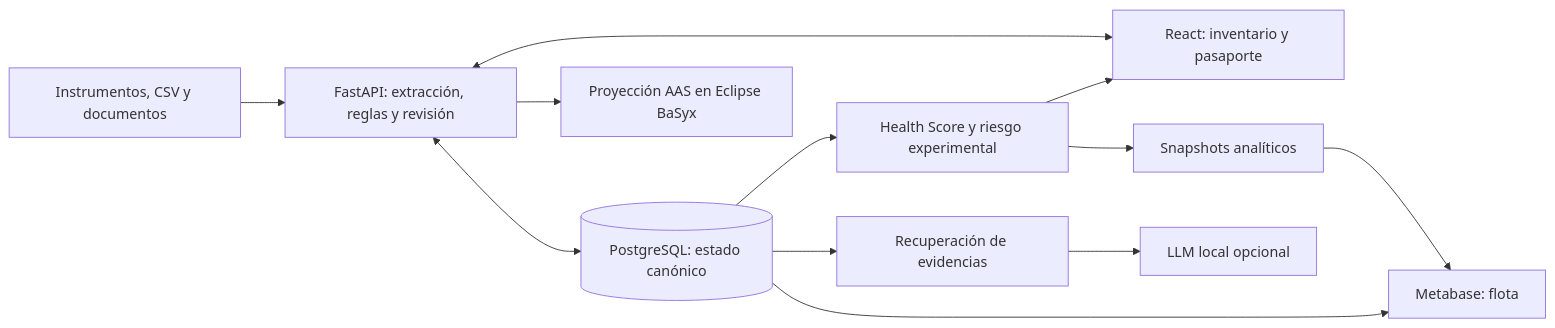
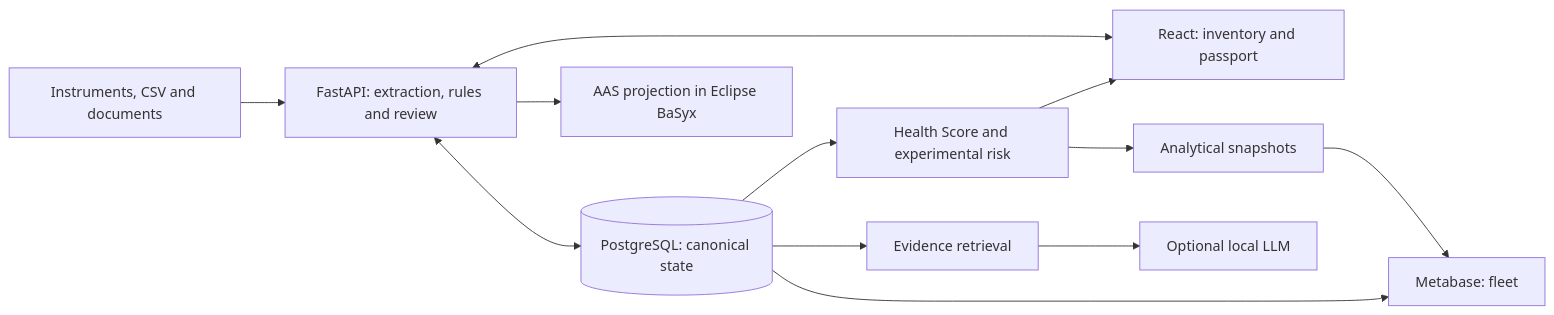
One commit to projects-i40-ap/passporttwin changed the diagram in README.md. Above: the diagram before and after it, drawn with Mermaid. The commit also changed other lines of this file, not shown here.

````diff
--- a/README.md
+++ b/README.md
@@ -42,14 +42,14 @@
 ```mermaid
 flowchart LR
-    Input[Instrumentos, CSV y documentos] --> API[FastAPI: extracción, reglas y revisión]
-    UI[React: inventario y pasaporte] <--> API
-    API <--> DB[(PostgreSQL: estado canónico)]
-    API --> AAS[Proyección AAS en Eclipse BaSyx]
-    DB --> Models[Health Score y riesgo experimental]
+    Input[Instruments, CSV and documents] --> API[FastAPI: extraction, rules and review]
+    UI[React: inventory and passport] <--> API
+    API <--> DB[(PostgreSQL: canonical state)]
+    API --> AAS[AAS projection in Eclipse BaSyx]
+    DB --> Models[Health Score and experimental risk]
     Models --> UI
-    Models --> Snapshots[Snapshots analíticos]
-    DB --> BI[Metabase: flota]
+    Models --> Snapshots[Analytical snapshots]
+    DB --> BI[Metabase: fleet]
     Snapshots --> BI
-    DB --> Retrieval[Recuperación de evidencias]
-    Retrieval --> LLM[LLM local opcional]
+    DB --> Retrieval[Evidence retrieval]
+    Retrieval --> LLM[Optional local LLM]
 ```
````
